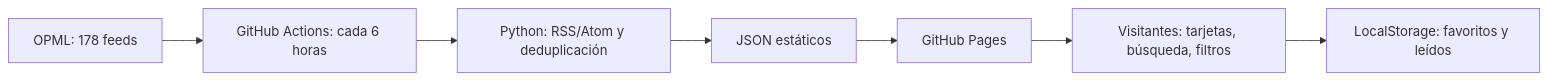
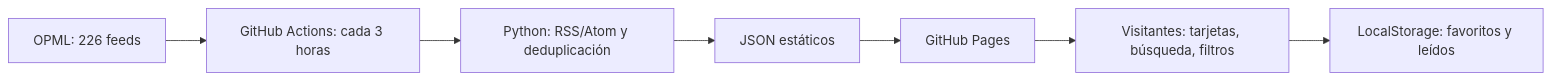
Before and after one commit to medinacaj/notisonda: the diagram in README.md, drawn with Mermaid. The commit also changed other lines of this file and 45 other files, not shown here.

````diff
--- a/README.md
+++ b/README.md
@@ -9,9 +9,9 @@
 ```mermaid
 flowchart LR
-  A[OPML: 178 feeds] --> B[GitHub Actions: cada 6 horas]
+  A[OPML: 226 feeds] --> B[GitHub Actions: cada 3 horas]
   B --> C[Python: RSS/Atom y deduplicación]
   C --> D[JSON estáticos]
   D --> E[GitHub Pages]
   E --> F[Visitantes: tarjetas, búsqueda, filtros]
   F --> G[LocalStorage: favoritos y leídos]
 ```
````
